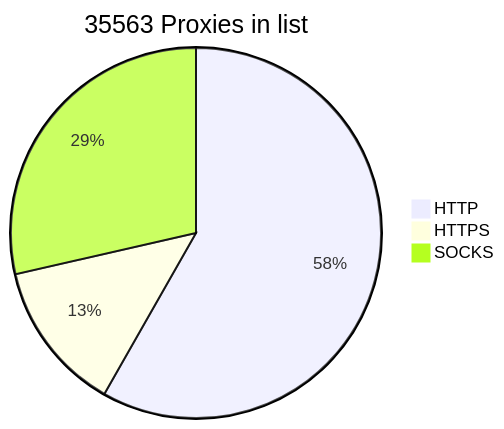
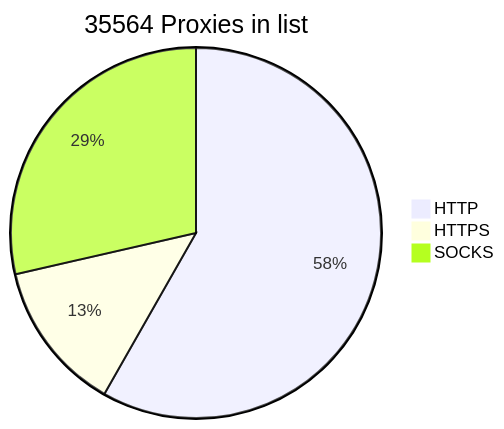
Before and after one commit to BlackSnowDot/proxylist-update-every-minute: the diagram in README.md, drawn with Mermaid.

````diff
--- a/README.md
+++ b/README.md
@@ -2,6 +2,6 @@
 ```mermaid
-pie title 35563 Proxies in list
+pie title 35564 Proxies in list
     "HTTP" : 23004
     "HTTPS": 5210
-    "SOCKS" : 11286
+    "SOCKS" : 11287
 ```
````
